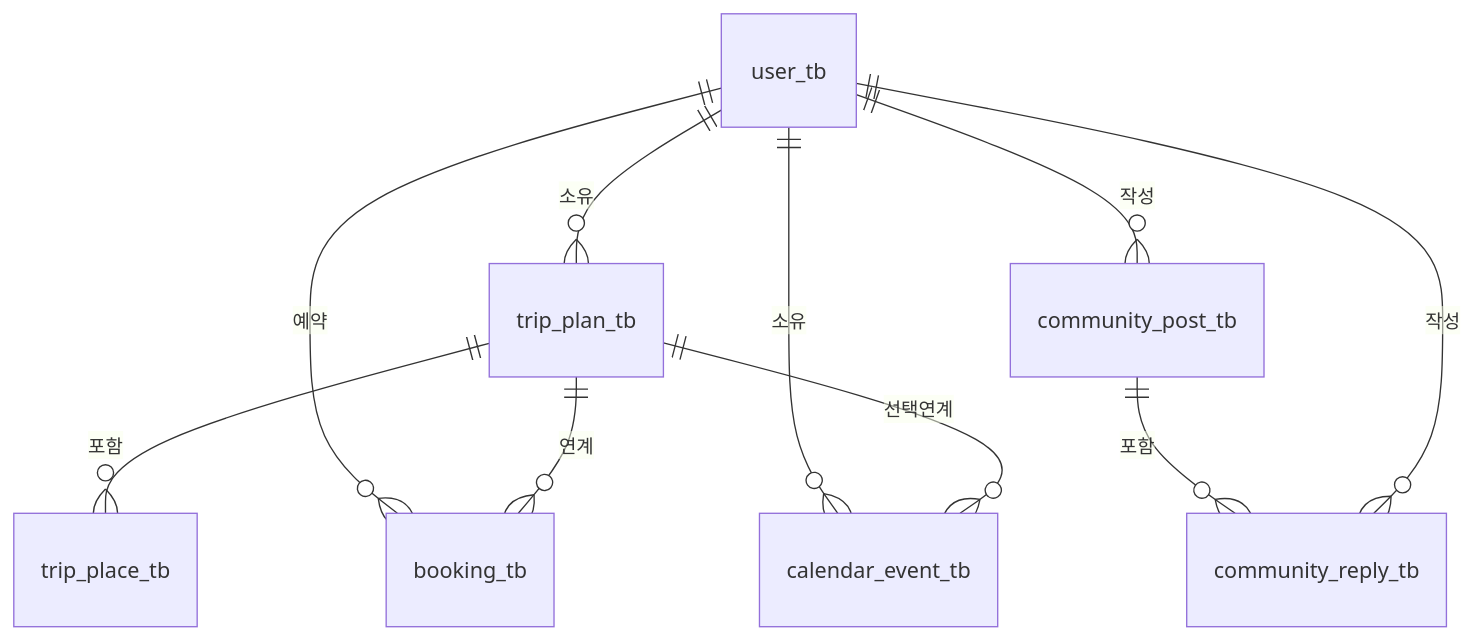
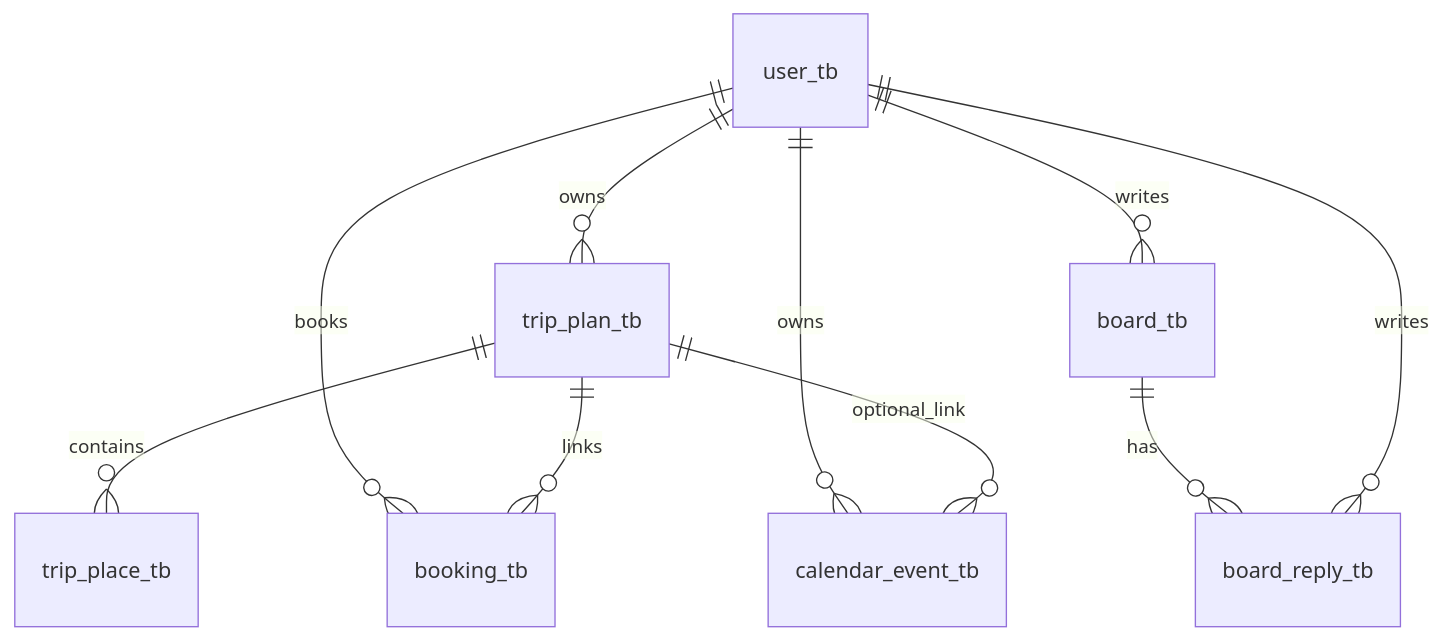
Before and after one commit to travel-platform-by-Team2/travel_platform: the diagram in .docs/specs/entity-definition.md, drawn with Mermaid. The commit also changed other lines of this file and 50 other files, not shown here.

````diff
--- a/.docs/specs/entity-definition.md
+++ b/.docs/specs/entity-definition.md
@@ -109,12 +109,12 @@
 ```mermaid
 erDiagram
-    user_tb ||--o{ trip_plan_tb : 소유
-    trip_plan_tb ||--o{ trip_place_tb : 포함
-    user_tb ||--o{ community_post_tb : 작성
-    community_post_tb ||--o{ community_reply_tb : 포함
-    user_tb ||--o{ community_reply_tb : 작성
-    user_tb ||--o{ booking_tb : 예약
-    trip_plan_tb ||--o{ booking_tb : 연계
-    user_tb ||--o{ calendar_event_tb : 소유
-    trip_plan_tb ||--o{ calendar_event_tb : 선택연계
+    user_tb ||--o{ trip_plan_tb : owns
+    trip_plan_tb ||--o{ trip_place_tb : contains
+    user_tb ||--o{ board_tb : writes
+    board_tb ||--o{ board_reply_tb : has
+    user_tb ||--o{ board_reply_tb : writes
+    user_tb ||--o{ booking_tb : books
+    trip_plan_tb ||--o{ booking_tb : links
+    user_tb ||--o{ calendar_event_tb : owns
+    trip_plan_tb ||--o{ calendar_event_tb : optional_link
 ```
````
